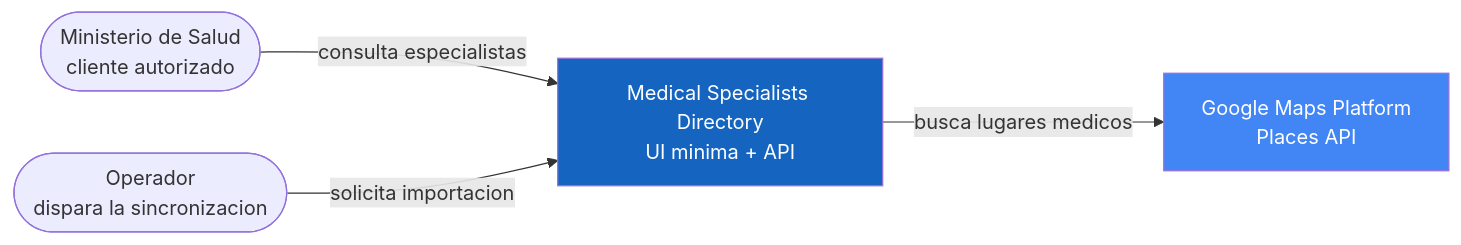
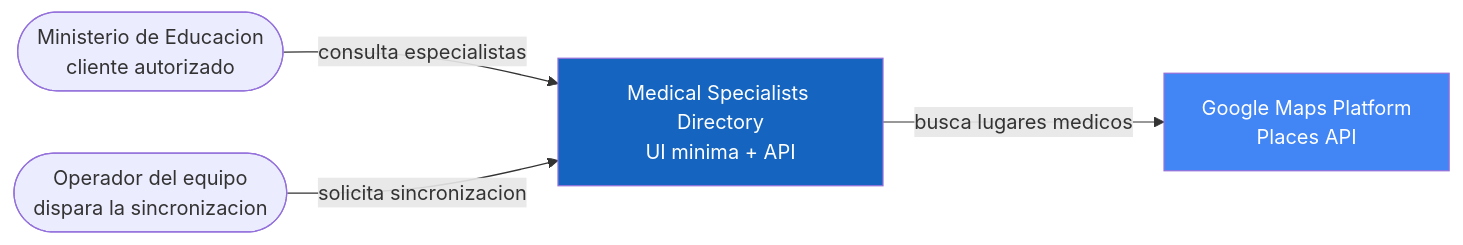
Before and after one commit to JosueSay/medical-specialists-directory: the first of 8 diagrams in docs/design.md, drawn with Mermaid. The commit also changed other lines of this file and 4 other files, not shown here.

````diff
--- a/docs/design.md
+++ b/docs/design.md
@@ -73,14 +121,14 @@
 ```mermaid
 flowchart LR
-    MS(["Ministerio de Salud<br/>cliente autorizado"])
-    OP(["Operador<br/>dispara la sincronizacion"])
+    ME(["Ministerio de Educacion<br/>cliente autorizado"])
+    OP(["Operador del equipo<br/>dispara la sincronizacion"])
     SYS["Medical Specialists Directory<br/>UI minima + API"]
     GP["Google Maps Platform<br/>Places API"]
 
-    MS -->|consulta especialistas| SYS
-    OP -->|solicita importacion| SYS
+    ME -->|consulta especialistas| SYS
+    OP -->|solicita sincronizacion| SYS
     SYS -->|busca lugares medicos| GP
 
     style SYS fill:#1565C0,color:#fff
     style GP fill:#4285F4,color:#fff
 ```
````
